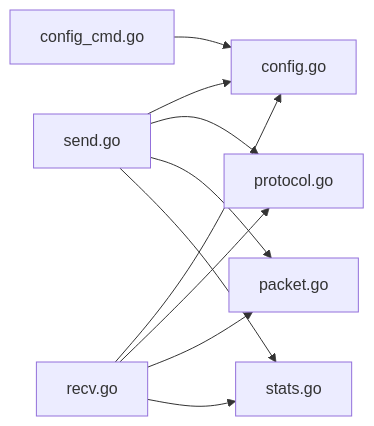
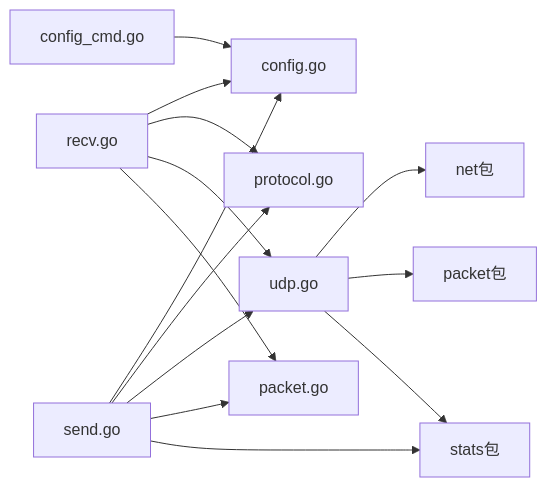
The ninth of 9 diagrams in .qoder/repowiki/zh/content/网络协议支持/UDP 协议测试.md (yanzhen74/ping-x), drawn with Mermaid before and after one commit. The commit also changed other lines of this file and 16 other files, not shown here.

````diff
--- a/.qoder/repowiki/zh/content/网络协议支持/UDP 协议测试.md
+++ b/.qoder/repowiki/zh/content/网络协议支持/UDP 协议测试.md
@@ -367,12 +417,16 @@
 ```mermaid
 graph LR
 SEND["send.go"] --> CONF["config.go"]
 SEND --> PROTO["protocol.go"]
+SEND --> UDP_IMPL["udp.go"]
 SEND --> PKT["packet.go"]
 SEND --> STATS["stats.go"]
 RECV["recv.go"] --> CONF
 RECV --> PROTO
+RECV --> UDP_IMPL
 RECV --> PKT
-RECV --> STATS
 CFG_CMD["config_cmd.go"] --> CONF
+UDP_IMPL --> NET["net包"]
+UDP_IMPL --> PACKET["packet包"]
+UDP_IMPL --> STATS["stats包"]
 ```
````
